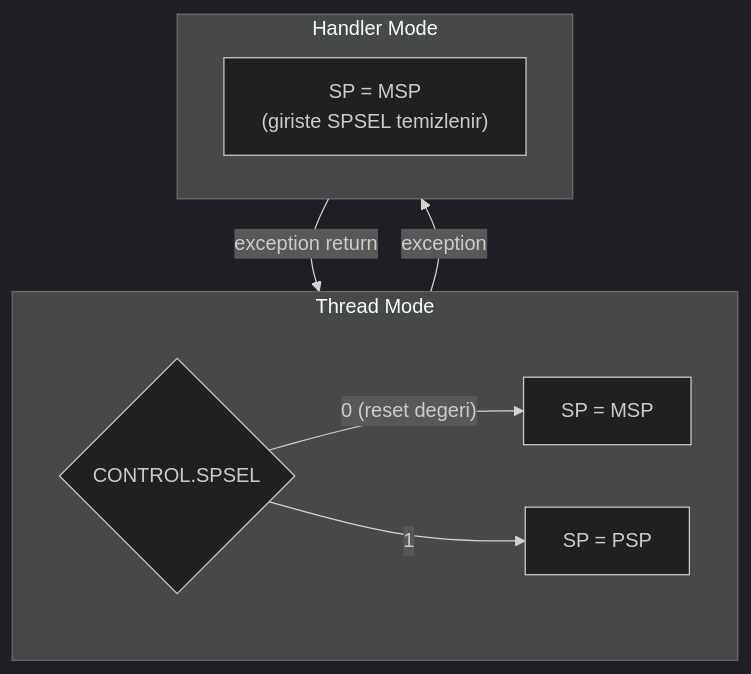
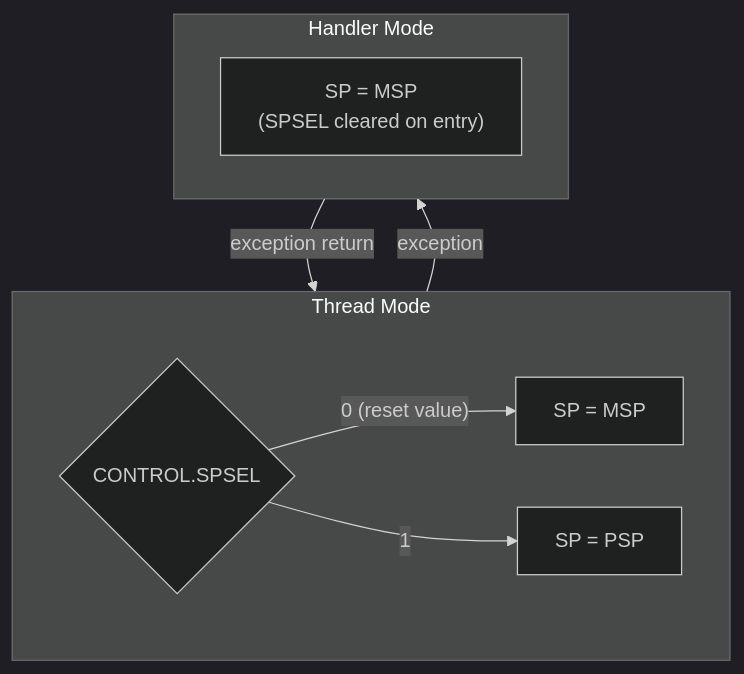
Before and after one commit to Merd0/ARM-Cortex-M-Lab: the diagram in lessons/04-stack-msp-psp/README.md, drawn with Mermaid (dark theme). The commit also changed other lines of this file and 19 other files, not shown here.

````diff
--- a/lessons/04-stack-msp-psp/README.md
+++ b/lessons/04-stack-msp-psp/README.md
@@ -158,13 +158,13 @@
 ```mermaid
 flowchart TD
     subgraph T["Thread Mode"]
         S{"CONTROL.SPSEL"}
-        S -- "0 (reset degeri)" --> M1["SP = MSP"]
+        S -- "0 (reset value)" --> M1["SP = MSP"]
         S -- "1" --> P1["SP = PSP"]
     end
     subgraph H["Handler Mode"]
-        M2["SP = MSP<br/>(giriste SPSEL temizlenir)"]
+        M2["SP = MSP<br/>(SPSEL cleared on entry)"]
     end
     T -->|exception| H
     H -->|exception return| T
 ```
````
